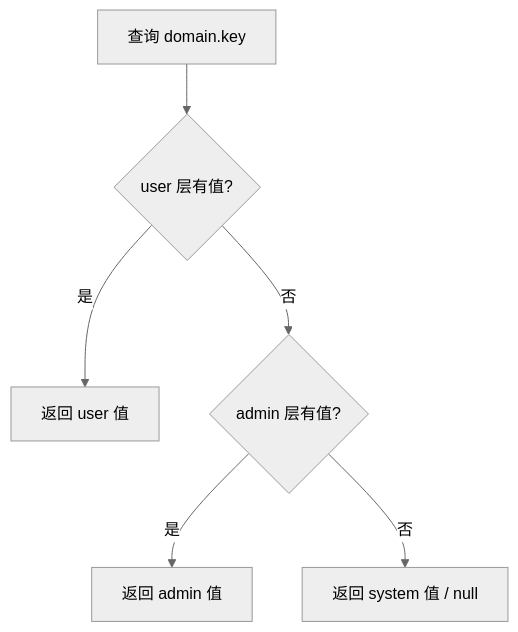
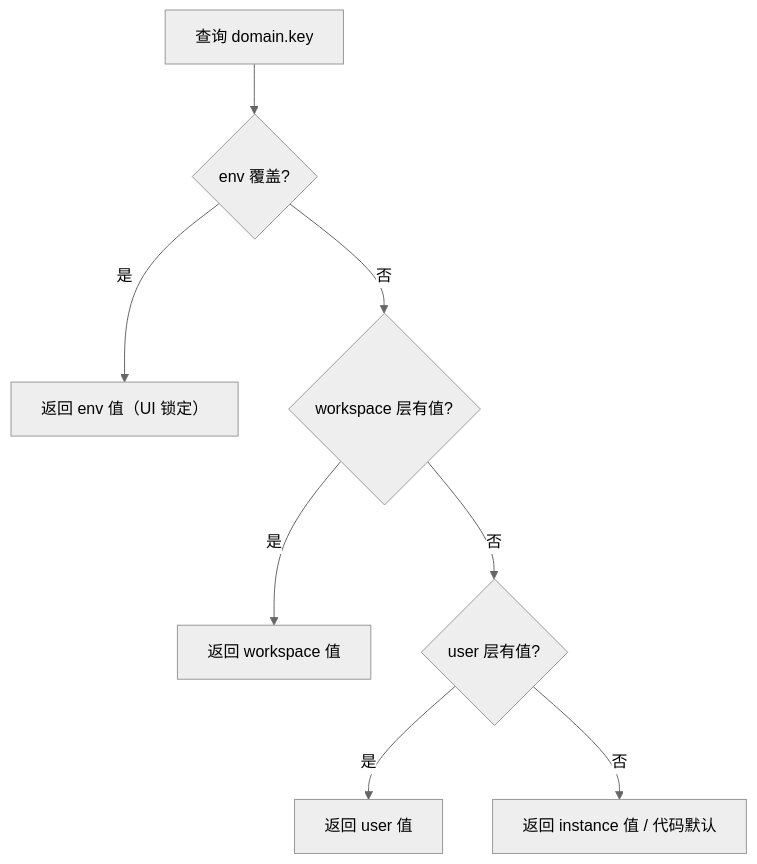
The diagram in docs/i18n/zh-Hans/DEV-003-config-management.md (cc01cc/xihe-project), drawn with Mermaid before and after one commit. The commit also changed other lines of this file and 10 other files, not shown here.

````diff
--- a/docs/i18n/zh-Hans/DEV-003-config-management.md
+++ b/docs/i18n/zh-Hans/DEV-003-config-management.md
@@ -30,9 +47,11 @@
 ```mermaid
 %%{init: {'theme': 'neutral'}}%%
 flowchart TD
-    Q["查询 domain.key"] --> U{"user 层有值?"}
-    U -->|是| R["返回 user 值"]
-    U -->|否| A{"admin 层有值?"}
-    A -->|是| R2["返回 admin 值"]
-    A -->|否| S["返回 system 值 / null"]
+    Q["查询 domain.key"] --> E{"env 覆盖?"}
+    E -->|是| RE["返回 env 值（UI 锁定）"]
+    E -->|否| W{"workspace 层有值?"}
+    W -->|是| R["返回 workspace 值"]
+    W -->|否| U{"user 层有值?"}
+    U -->|是| R2["返回 user 值"]
+    U -->|否| I["返回 instance 值 / 代码默认"]
 ```
````
